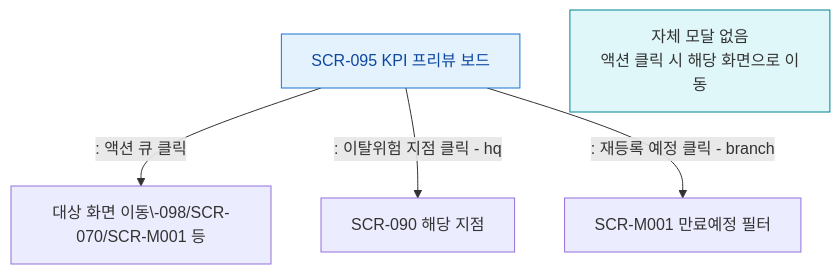
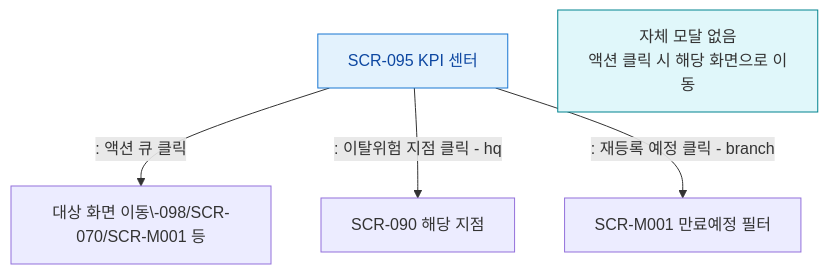
One commit to dev-spogym/admin-pando changed the diagram in docs/admin/다이어그램/D10_본사관리/SCR-095_KPI프리뷰보드/F5_모달트리거.md. Above: the diagram before and after it, drawn with Mermaid. The commit also changed other lines of this file and 442 other files, not shown here.

````diff
--- a/docs/admin/다이어그램/D10_본사관리/SCR-095_KPI프리뷰보드/F5_모달트리거.md
+++ b/docs/admin/다이어그램/D10_본사관리/SCR-095_KPI프리뷰보드/F5_모달트리거.md
@@ -12,15 +12,15 @@
 ```mermaid
 flowchart TD
-  SCR_095[SCR-095 KPI 프리뷰 보드]
+  SCR_095[SCR-095 KPI 센터]
   Note[자체 모달 없음\n액션 클릭 시 해당 화면으로 이동]
 
   SCR_095 -->|": 액션 큐 클릭"|NavTarget[대상 화면 이동\-098/SCR-070/SCR-M001 등]
   SCR_095 -->|": 이탈위험 지점 클릭 - hq"|NavBranch[SCR-090 해당 지점]
   SCR_095 -->|": 재등록 예정 클릭 - branch"|NavMembers[SCR-M001 만료예정 필터]
 
   classDef screen fill:#E3F2FD,stroke:#1976D2,color:#0D47A1
   classDef info fill:#E0F7FA,stroke:#00838F
 
   class SCR_095 screen
   class Note info
 ```
````
